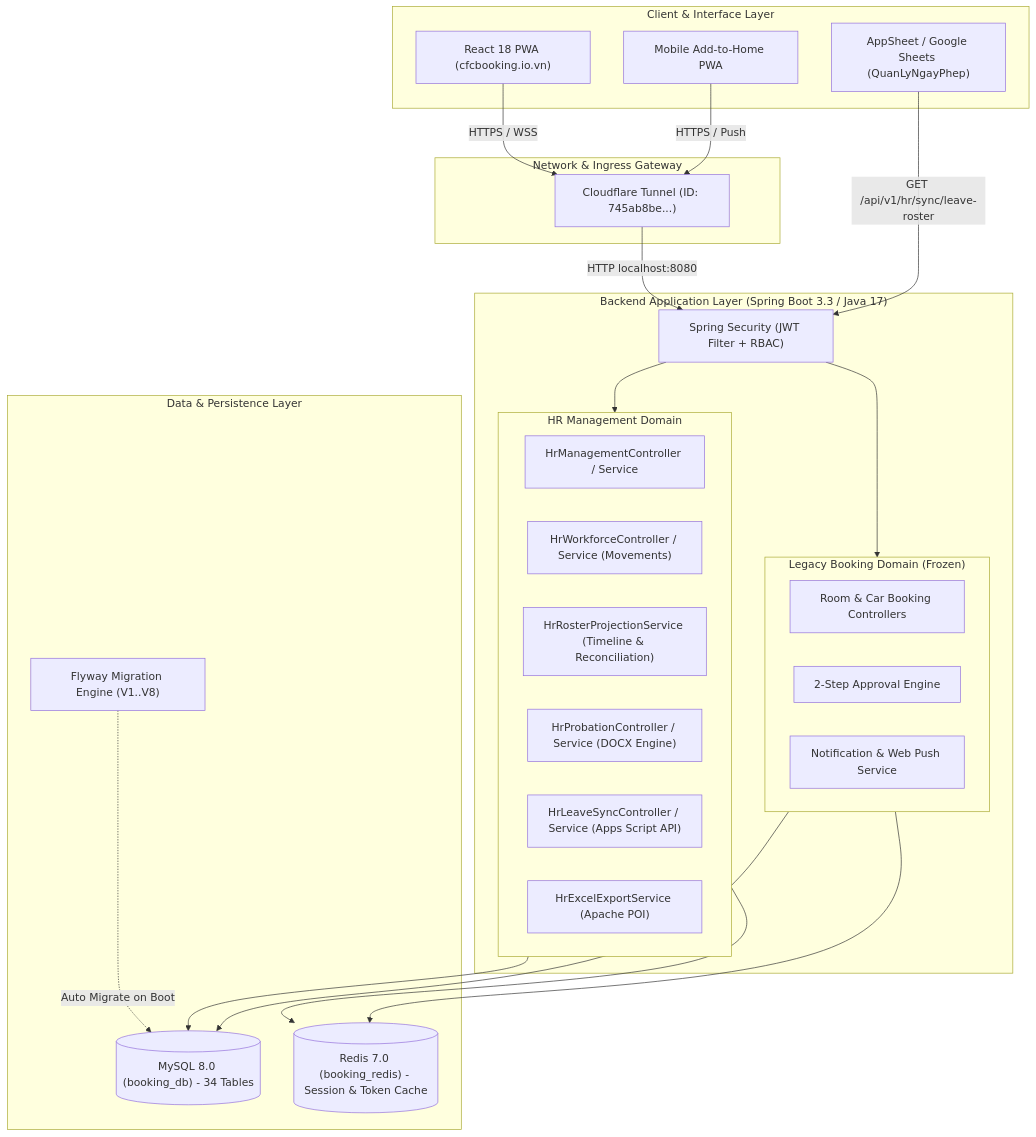
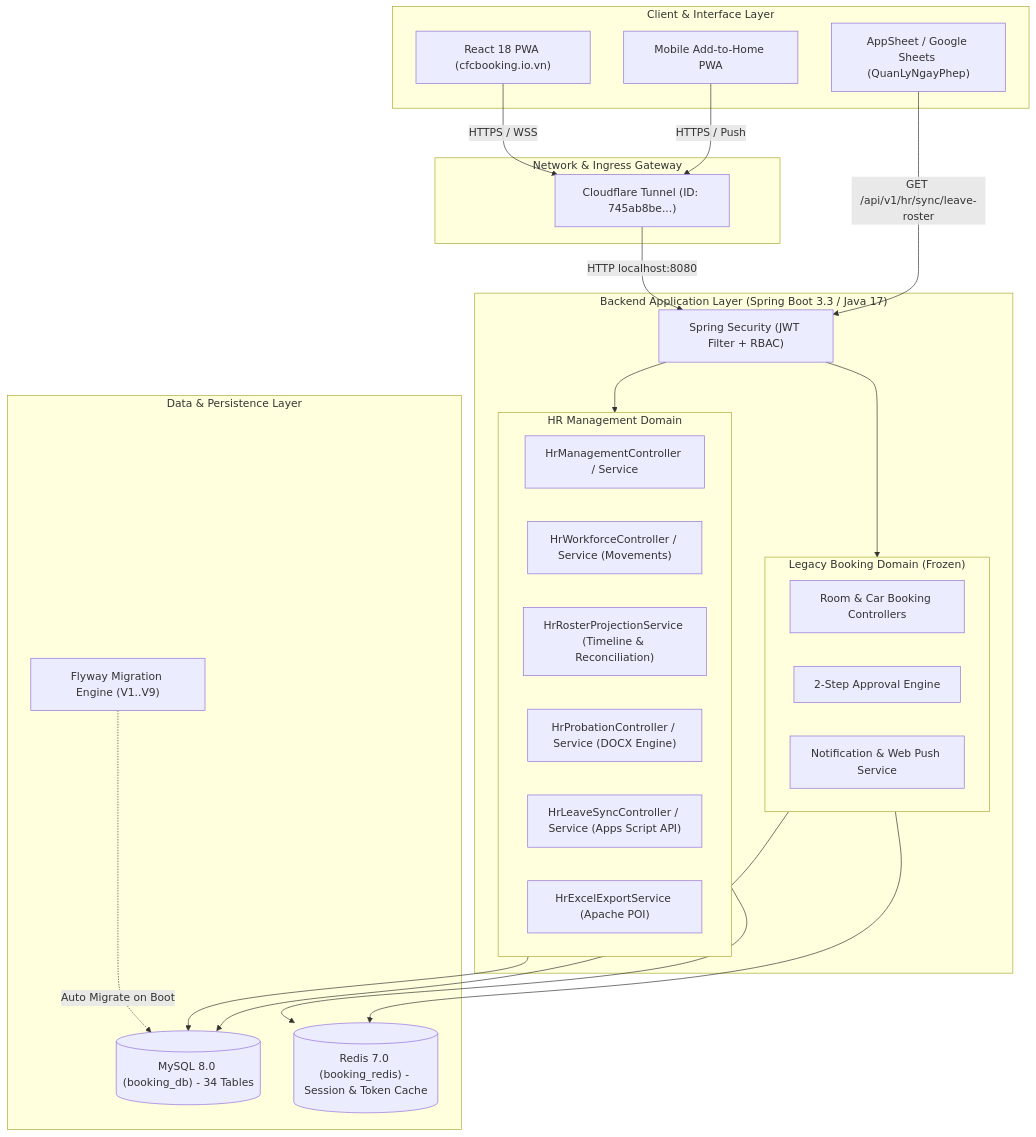
The diagram in documents/PROJECT_MASTER_CONTEXT.md (ThuanNgcodelor/CFCBase), drawn with Mermaid before and after one commit. The commit also changed 3 other files, not shown here.

````diff
--- a/documents/PROJECT_MASTER_CONTEXT.md
+++ b/documents/PROJECT_MASTER_CONTEXT.md
@@ -31,51 +31,51 @@
 ```mermaid
 flowchart TB
     subgraph ClientLayer ["Client & Interface Layer"]
         Browser["React 18 PWA (cfcbooking.io.vn)"]
         MobilePWA["Mobile Add-to-Home PWA"]
         AppSheet["AppSheet / Google Sheets (QuanLyNgayPhep)"]
     end
 
     subgraph GatewayLayer ["Network & Ingress Gateway"]
         CFTunnel["Cloudflare Tunnel (ID: 745ab8be...)"]
     end
 
     subgraph AppLayer ["Backend Application Layer (Spring Boot 3.3 / Java 17)"]
         Security["Spring Security (JWT Filter + RBAC)"]
         
         subgraph HRDomain ["HR Management Domain"]
             HRMgmt["HrManagementController / Service"]
             HRWorkforce["HrWorkforceController / Service (Movements)"]
             HRRoster["HrRosterProjectionService (Timeline & Reconciliation)"]
             HRProbation["HrProbationController / Service (DOCX Engine)"]
             HRLeaveSync["HrLeaveSyncController / Service (Apps Script API)"]
             HRExcel["HrExcelExportService (Apache POI)"]
         end
 
         subgraph LegacyDomain ["Legacy Booking Domain (Frozen)"]
             BookingCtrl["Room & Car Booking Controllers"]
             ApprovalCtrl["2-Step Approval Engine"]
             NotifyCtrl["Notification & Web Push Service"]
         end
     end
 
     subgraph DataLayer ["Data & Persistence Layer"]
         MySQL[("MySQL 8.0 (booking_db) - 34 Tables")]
         Redis[("Redis 7.0 (booking_redis) - Session & Token Cache")]
-        Flyway["Flyway Migration Engine (V1..V8)"]
+        Flyway["Flyway Migration Engine (V1..V9)"]
     end
 
     Browser -->|HTTPS / WSS| CFTunnel
     MobilePWA -->|HTTPS / Push| CFTunnel
     CFTunnel -->|HTTP localhost:8080| Security
     AppSheet -->|GET /api/v1/hr/sync/leave-roster| Security
 
     Security --> HRDomain
     Security --> LegacyDomain
 
     HRDomain --> MySQL
     HRDomain --> Redis
     LegacyDomain --> MySQL
     LegacyDomain --> Redis
     Flyway -.->|Auto Migrate on Boot| MySQL
 ```
````
